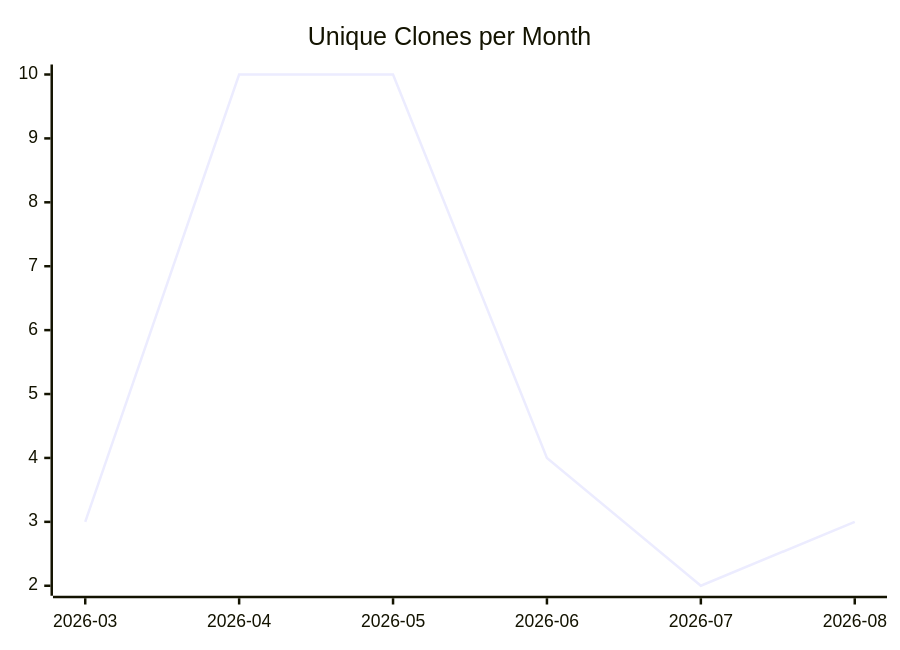
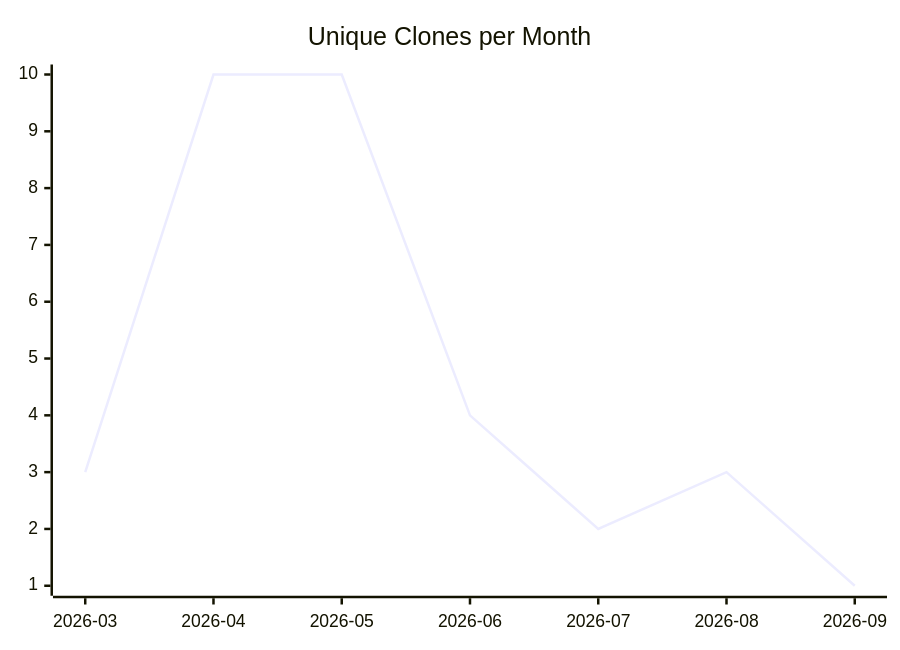
Before and after one commit to justdavis-family/github-analytics-data: the third of 3 diagrams in karlmdavis/stockfighter-trades-solutions/README.md, drawn with Mermaid. The commit also changed other lines of this file and 191 other files, not shown here.

````diff
--- a/karlmdavis/stockfighter-trades-solutions/README.md
+++ b/karlmdavis/stockfighter-trades-solutions/README.md
@@ -19,6 +19,6 @@
 ```mermaid
 xychart-beta
   title "Unique Clones per Month"
-  x-axis ["2026-03", "2026-04", "2026-05", "2026-06", "2026-07", "2026-08"]
-  line [3, 10, 10, 4, 2, 3]
+  x-axis ["2026-03", "2026-04", "2026-05", "2026-06", "2026-07", "2026-08", "2026-09"]
+  line [3, 10, 10, 4, 2, 3, 1]
 ```
````
